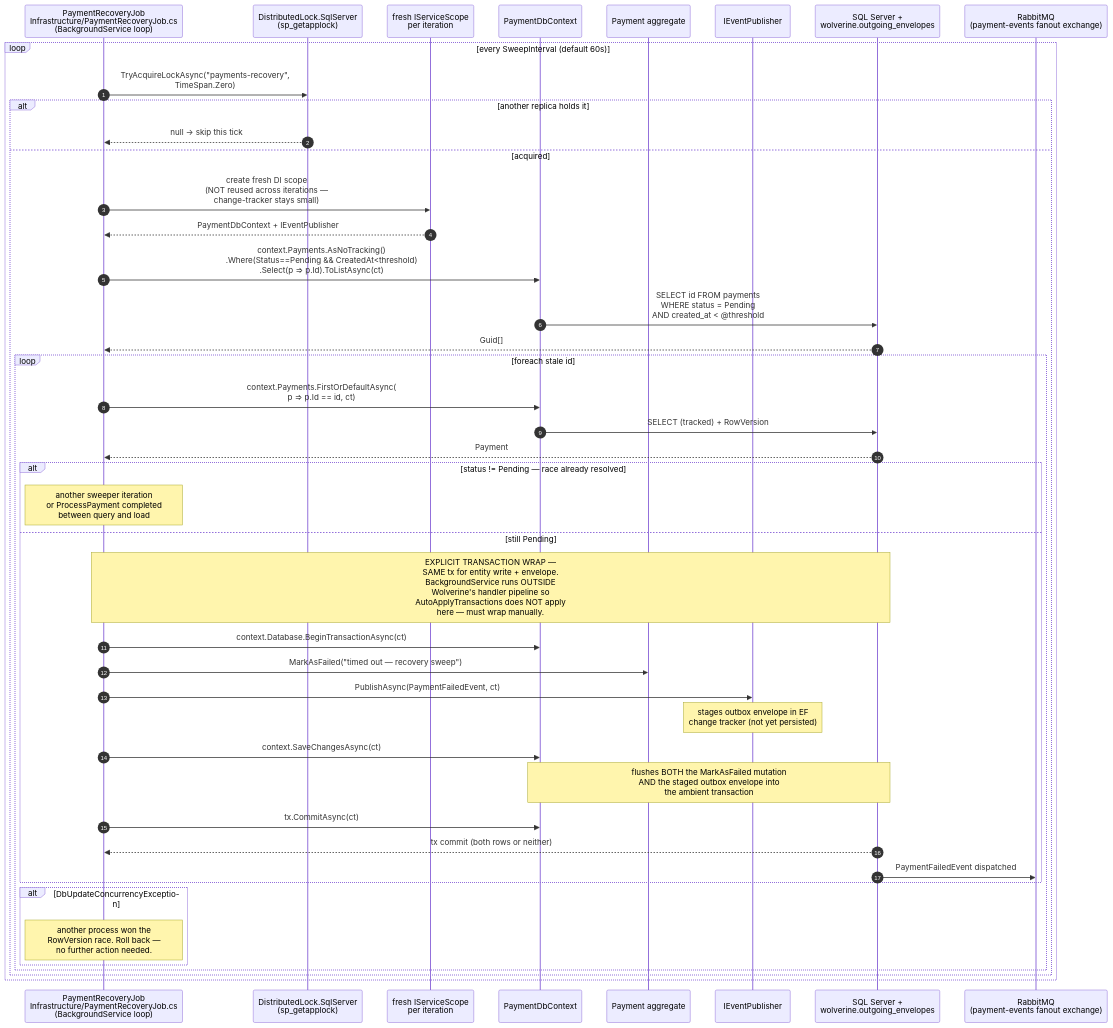
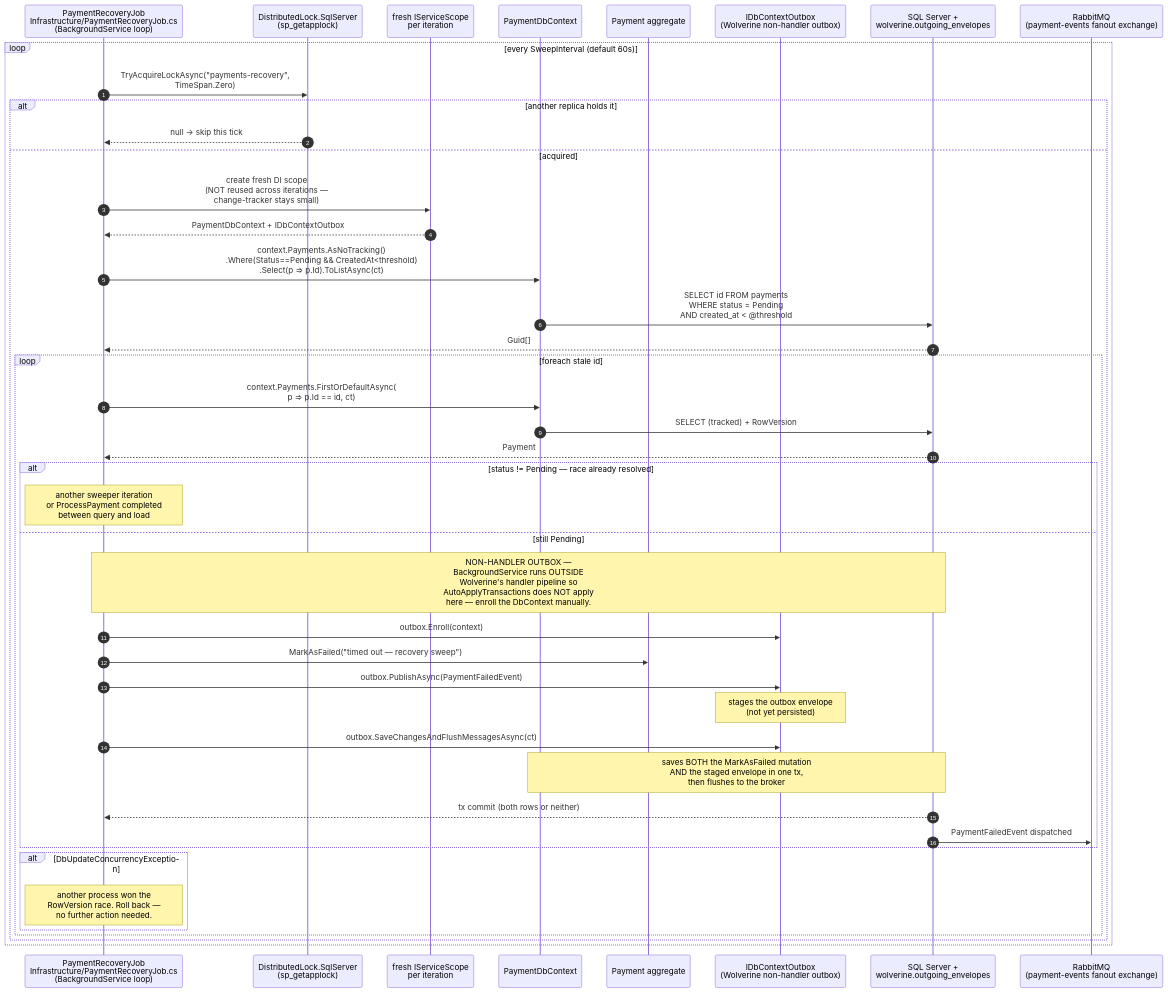
Before and after one commit to emeraldleaf/NextAurora: the third of 4 diagrams in docs/code-flows/paymentservice.md, drawn with Mermaid. The commit also changed other lines of this file and 46 other files, not shown here.

````diff
--- a/docs/code-flows/paymentservice.md
+++ b/docs/code-flows/paymentservice.md
@@ -108,50 +117,49 @@
 ```mermaid
 sequenceDiagram
     autonumber
     participant Tick as PaymentRecoveryJob<br/>Infrastructure/PaymentRecoveryJob.cs<br/>(BackgroundService loop)
     participant Lock as DistributedLock.SqlServer<br/>(sp_getapplock)
     participant Scope as fresh IServiceScope<br/>per iteration
     participant Ctx as PaymentDbContext
     participant Agg as Payment aggregate
-    participant Pub as IEventPublisher
+    participant Out as IDbContextOutbox<br/>(Wolverine non-handler outbox)
     participant DB as SQL Server +<br/>wolverine.outgoing_envelopes
     participant MQ as RabbitMQ<br/>(payment-events fanout exchange)
 
     loop every SweepInterval (default 60s)
         Tick->>Lock: TryAcquireLockAsync("payments-recovery",<br/>TimeSpan.Zero)
         alt another replica holds it
             Lock-->>Tick: null → skip this tick
         else acquired
             Tick->>Scope: create fresh DI scope<br/>(NOT reused across iterations —<br/>change-tracker stays small)
-            Scope-->>Tick: PaymentDbContext + IEventPublisher
+            Scope-->>Tick: PaymentDbContext + IDbContextOutbox
             Tick->>Ctx: context.Payments.AsNoTracking()<br/>.Where(Status==Pending && CreatedAt<threshold)<br/>.Select(p => p.Id).ToListAsync(ct)
             Ctx->>DB: SELECT id FROM payments<br/>WHERE status = Pending<br/>AND created_at < @threshold
             DB-->>Tick: Guid[]
 
             loop foreach stale id
                 Tick->>Ctx: context.Payments.FirstOrDefaultAsync(<br/>  p => p.Id == id, ct)
                 Ctx->>DB: SELECT (tracked) + RowVersion
                 DB-->>Tick: Payment
 
                 alt status != Pending — race already resolved
                     Note over Tick: another sweeper iteration<br/>or ProcessPayment completed<br/>between query and load
                 else still Pending
-                    Note over Tick,DB: EXPLICIT TRANSACTION WRAP —<br/>SAME tx for entity write + envelope.<br/>BackgroundService runs OUTSIDE<br/>Wolverine's handler pipeline so<br/>AutoApplyTransactions does NOT apply<br/>here — must wrap manually.
-                    Tick->>Ctx: context.Database.BeginTransactionAsync(ct)
+                    Note over Tick,DB: NON-HANDLER OUTBOX —<br/>BackgroundService runs OUTSIDE<br/>Wolverine's handler pipeline so<br/>AutoApplyTransactions does NOT apply<br/>here — enroll the DbContext manually.
+                    Tick->>Out: outbox.Enroll(context)
                     Tick->>Agg: MarkAsFailed("timed out — recovery sweep")
-                    Tick->>Pub: PublishAsync(PaymentFailedEvent, ct)
-                    Note over Pub: stages outbox envelope in EF<br/>change tracker (not yet persisted)
-                    Tick->>Ctx: context.SaveChangesAsync(ct)
-                    Note over Ctx,DB: flushes BOTH the MarkAsFailed mutation<br/>AND the staged outbox envelope into<br/>the ambient transaction
-                    Tick->>Ctx: tx.CommitAsync(ct)
+                    Tick->>Out: outbox.PublishAsync(PaymentFailedEvent)
+                    Note over Out: stages the outbox envelope<br/>(not yet persisted)
+                    Tick->>Out: outbox.SaveChangesAndFlushMessagesAsync(ct)
+                    Note over Ctx,DB: saves BOTH the MarkAsFailed mutation<br/>AND the staged envelope in one tx,<br/>then flushes to the broker
                     DB-->>Tick: tx commit (both rows or neither)
                     DB->>MQ: PaymentFailedEvent dispatched
                 end
 
                 alt DbUpdateConcurrencyException
                     Note over Tick: another process won the<br/>RowVersion race. Roll back —<br/>no further action needed.
                 end
             end
         end
     end
 ```
````
